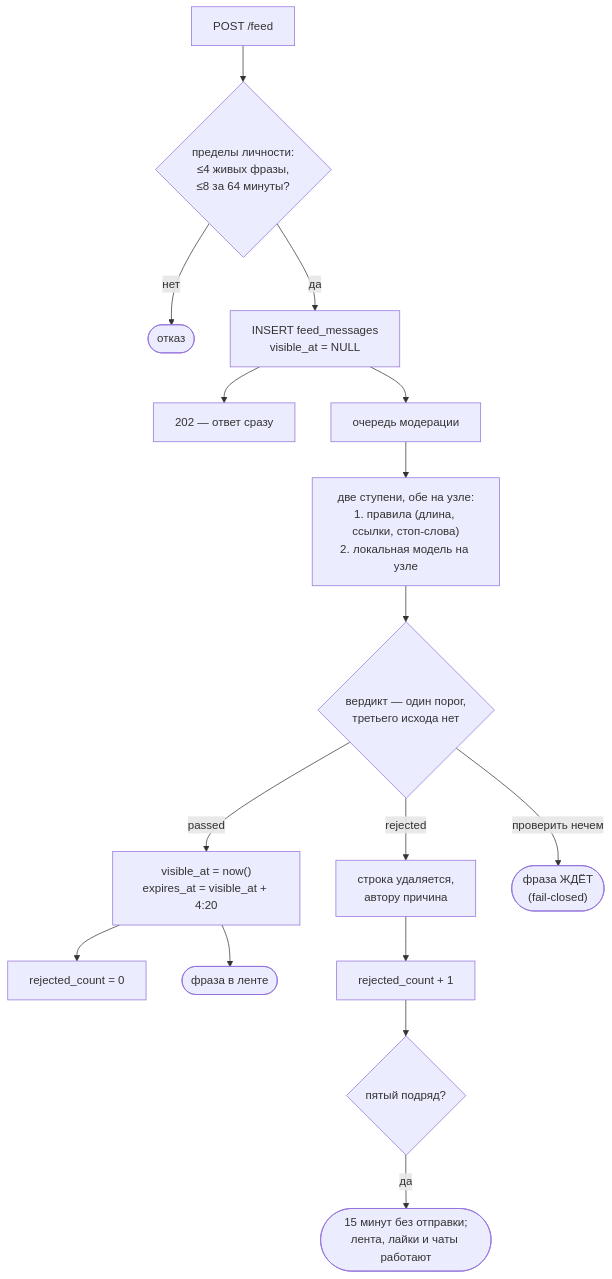
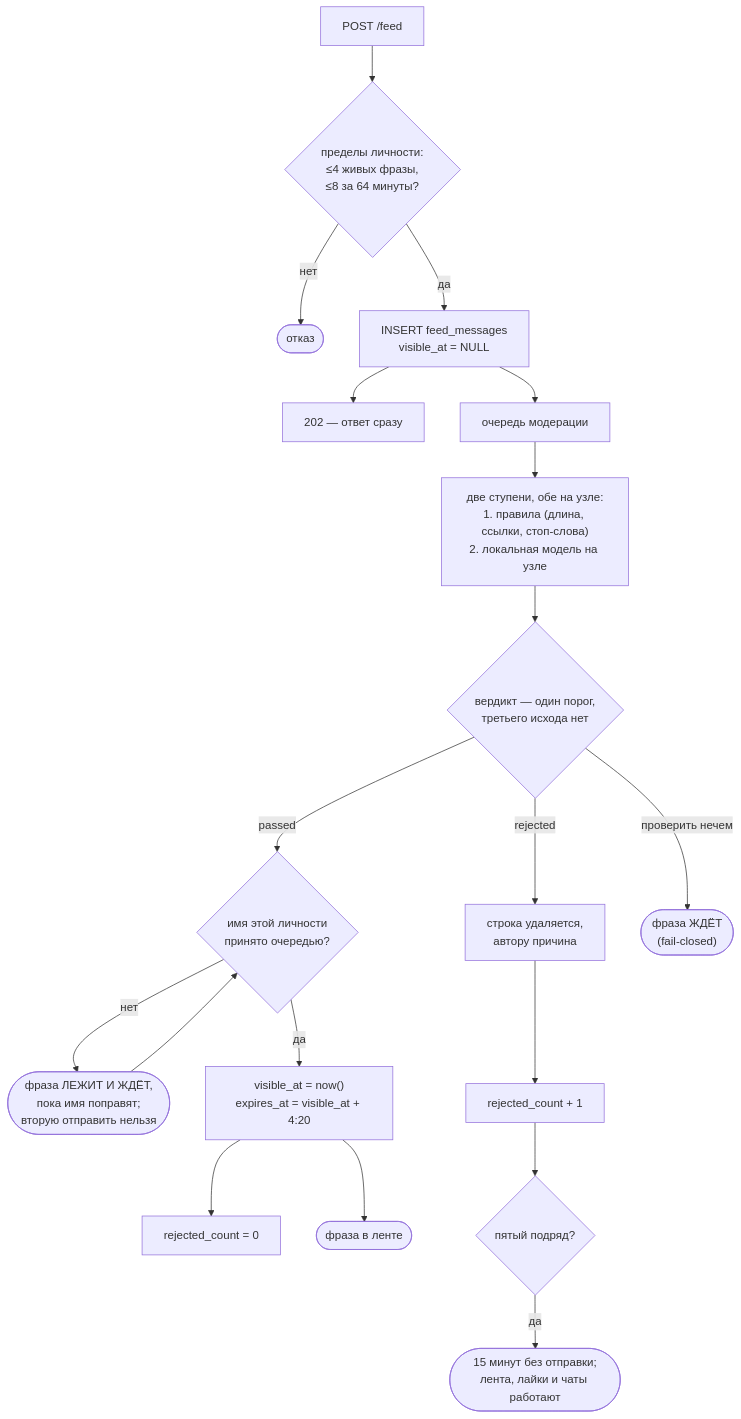
Before and after one commit to panov-id/xor.ad: the seventh of 29 diagrams in docs/chat-flows_RU.md, drawn with Mermaid. The commit also changed other lines of this file and 9 other files, not shown here.

First line of the commit message:
Walk every flow against the decisions, and write down what proves them

````diff
--- a/docs/chat-flows_RU.md
+++ b/docs/chat-flows_RU.md
@@ -214,18 +218,21 @@
 ```mermaid
 flowchart TD
   post["POST /feed"] --> limits{"пределы личности:<br/>≤4 живых фразы,<br/>≤8 за 64 минуты?"}
   limits -- "нет" --> refuse(["отказ"])
   limits -- "да" --> insert["INSERT feed_messages<br/>visible_at = NULL"]
   insert --> ans["202 — ответ сразу"]
   insert --> queue["очередь модерации"]
   queue --> ladder["две ступени, обе на узле:<br/>1. правила #40;длина, ссылки, стоп-слова#41;<br/>2. локальная модель на узле"]
   ladder --> verdict{"вердикт — один порог,<br/>третьего исхода нет"}
-  verdict -- "passed" --> live["visible_at = now#40;#41;<br/>expires_at = visible_at + 4:20"]
+  verdict -- "passed" --> name{"имя этой личности<br/>принято очередью?"}
+  name -- "нет" --> hold(["фраза ЛЕЖИТ И ЖДЁТ,<br/>пока имя поправят;<br/>вторую отправить нельзя"])
+  hold --> name
+  name -- "да" --> live["visible_at = now#40;#41;<br/>expires_at = visible_at + 4:20"]
   live --> zero["rejected_count = 0"]
   live --> shown(["фраза в ленте"])
   verdict -- "rejected" --> del["строка удаляется,<br/>автору причина"]
   del --> count["rejected_count + 1"]
   count --> block{"пятый подряд?"}
   block -- "да" --> mute(["15 минут без отправки;<br/>лента, лайки и чаты работают"])
   verdict -- "проверить нечем" --> wait(["фраза ЖДЁТ<br/>#40;fail-closed#41;"])
 ```
````
